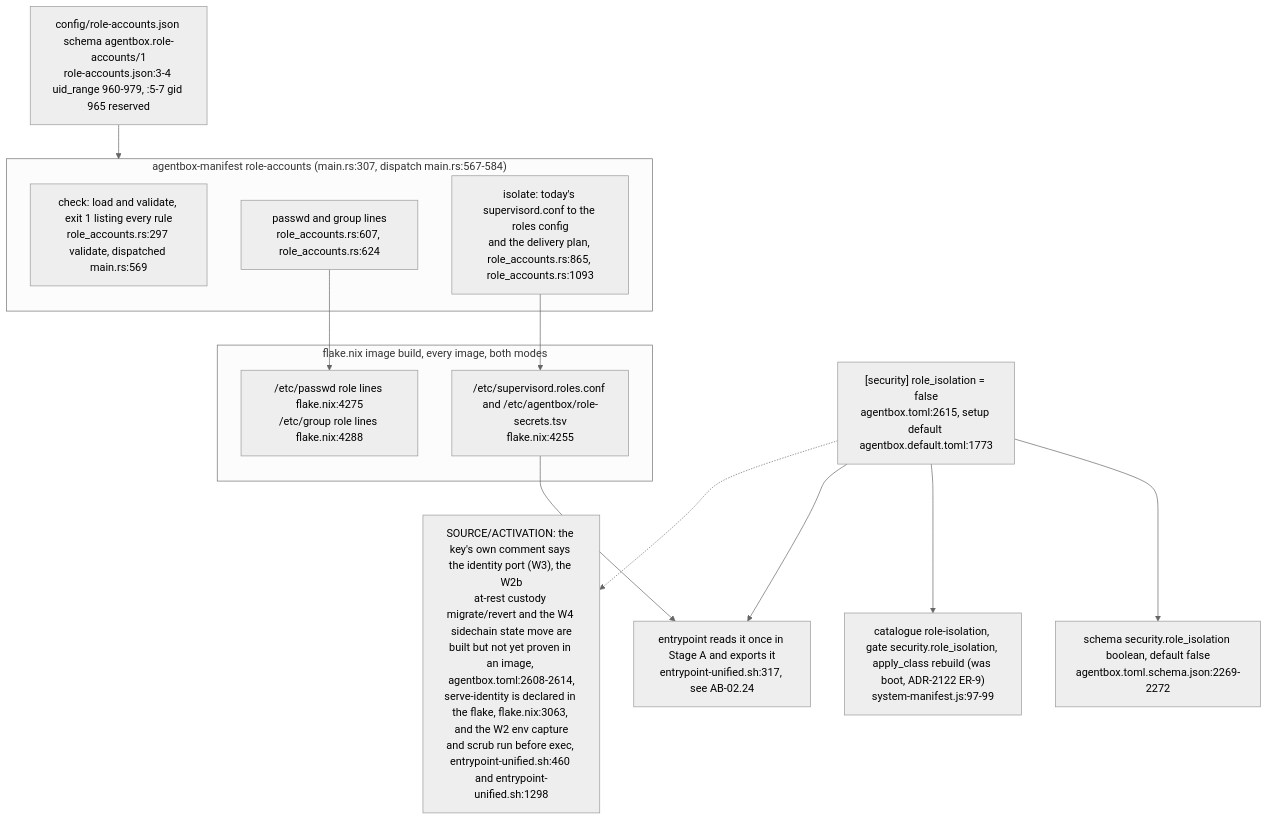
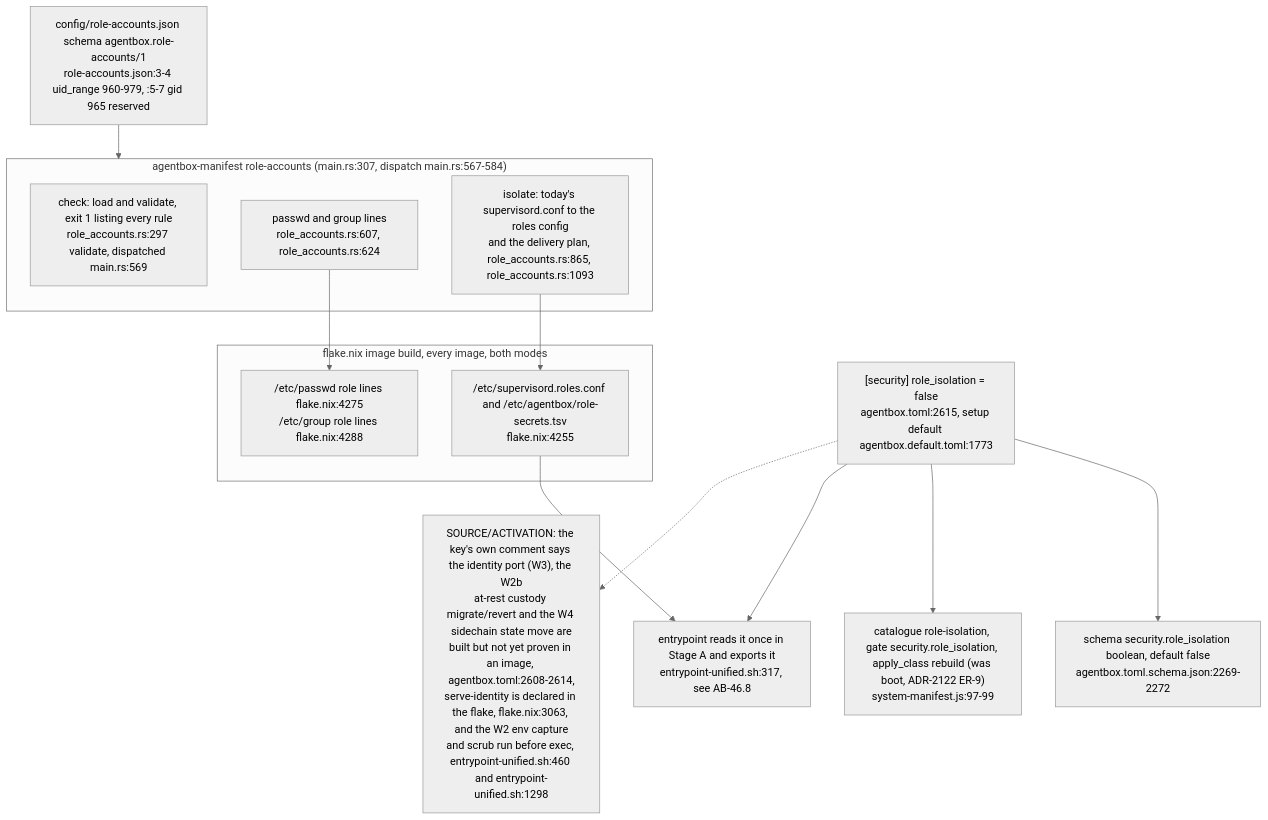
One commit to DreamLab-AI/VisionFlow changed diagram 15 of 16 in docs/diagrams/agentbox/05-manifest-gates-and-cli.md. Above: the diagram before and after it, drawn with Mermaid (neutral theme). The commit also changed other lines of this file and 6 other files, not shown here.

First line of the commit message:
docs(diagrams): split AB-02 boot sequence into AB-02, AB-45 and AB-46

````diff
--- a/docs/diagrams/agentbox/05-manifest-gates-and-cli.md
+++ b/docs/diagrams/agentbox/05-manifest-gates-and-cli.md
@@ -552,25 +552,25 @@
 ```mermaid
 flowchart TB
     KEY["[security] role_isolation = false<br/>agentbox.toml:2615, setup default agentbox.default.toml:1773"]
     SCH["schema security.role_isolation boolean, default false<br/>agentbox.toml.schema.json:2269-2272"]
     CATE["catalogue role-isolation, gate security.role_isolation, apply_class rebuild (was boot, ADR-2122 ER-9)<br/>system-manifest.js:97-99"]
     TBL["config/role-accounts.json schema agentbox.role-accounts/1<br/>role-accounts.json:3-4 uid_range 960-979, :5-7 gid 965 reserved"]
     subgraph CLI["agentbox-manifest role-accounts (main.rs:307, dispatch main.rs:567-584)"]
         CHK["check: load and validate, exit 1 listing every rule<br/>role_accounts.rs:297 validate, dispatched main.rs:569"]
         PW["passwd and group lines<br/>role_accounts.rs:607, role_accounts.rs:624"]
         ISO["isolate: today's supervisord.conf to the roles config<br/>and the delivery plan, role_accounts.rs:865, role_accounts.rs:1093"]
     end
     subgraph BUILD["flake.nix image build, every image, both modes"]
         B1["/etc/supervisord.roles.conf and /etc/agentbox/role-secrets.tsv<br/>flake.nix:4255"]
         B2["/etc/passwd role lines flake.nix:4275<br/>/etc/group role lines flake.nix:4288"]
     end
-    BOOT["entrypoint reads it once in Stage A and exports it<br/>entrypoint-unified.sh:317, see AB-02.24"]
+    BOOT["entrypoint reads it once in Stage A and exports it<br/>entrypoint-unified.sh:317, see AB-46.8"]
     KEY --> SCH
     KEY --> CATE
     KEY --> BOOT
     TBL --> CLI
     PW --> B2
     ISO --> B1
     B1 --> BOOT
     KEY -.-> DRIFT["SOURCE/ACTIVATION: the key's own comment says the identity port (W3), the W2b<br/>at-rest custody migrate/revert and the W4 sidechain state move are<br/>built but not yet proven in an image, agentbox.toml:2608-2614,<br/>serve-identity is declared in the flake, flake.nix:3063, and the W2 env capture<br/>and scrub run before exec, entrypoint-unified.sh:460 and entrypoint-unified.sh:1298"]
 ```
````
